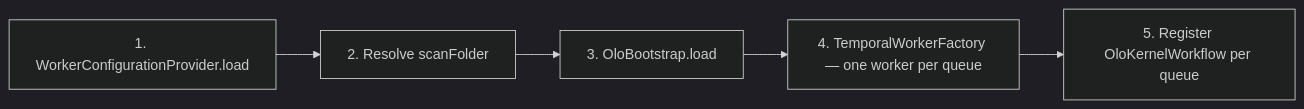
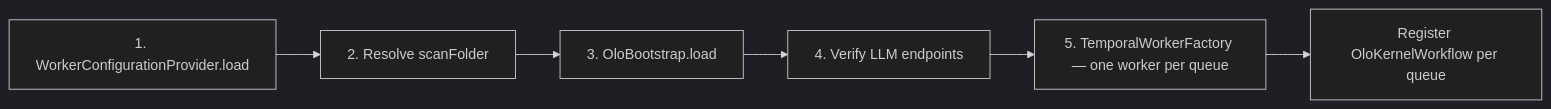
Before and after one commit to olo-labs/olo-mono: the third of 3 diagrams in docs/ARCHITECTURE.md, drawn with Mermaid (dark theme). The commit also changed other lines of this file and 74 other files, not shown here.

````diff
--- a/docs/ARCHITECTURE.md
+++ b/docs/ARCHITECTURE.md
@@ -153,7 +151,8 @@
 ```mermaid
 flowchart LR
     A[1. WorkerConfigurationProvider.load] --> B[2. Resolve scanFolder]
     B --> C[3. OloBootstrap.load]
-    C --> D[4. TemporalWorkerFactory — one worker per queue]
-    D --> E[5. Register OloKernelWorkflow per queue]
+    C --> D[4. Verify LLM endpoints]
+    D --> E[5. TemporalWorkerFactory — one worker per queue]
+    E --> F[Register OloKernelWorkflow per queue]
 ```
````
